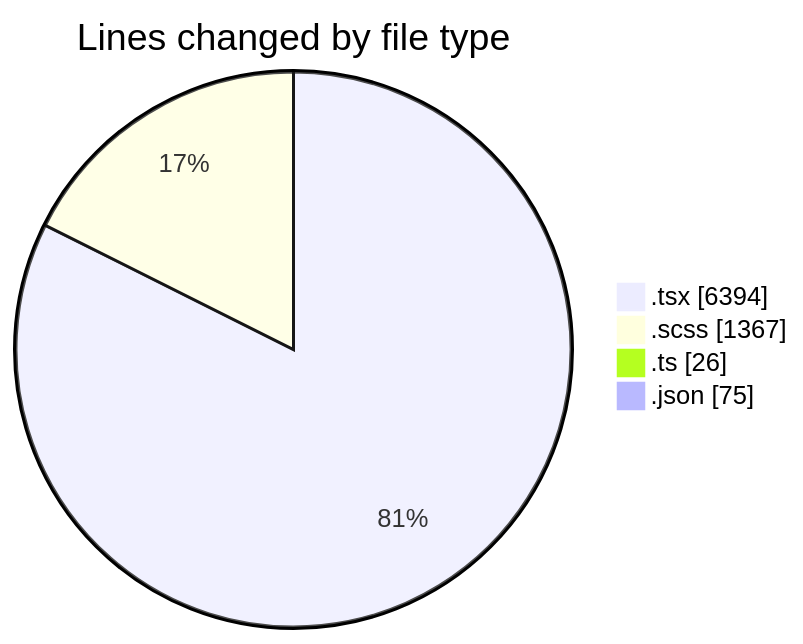
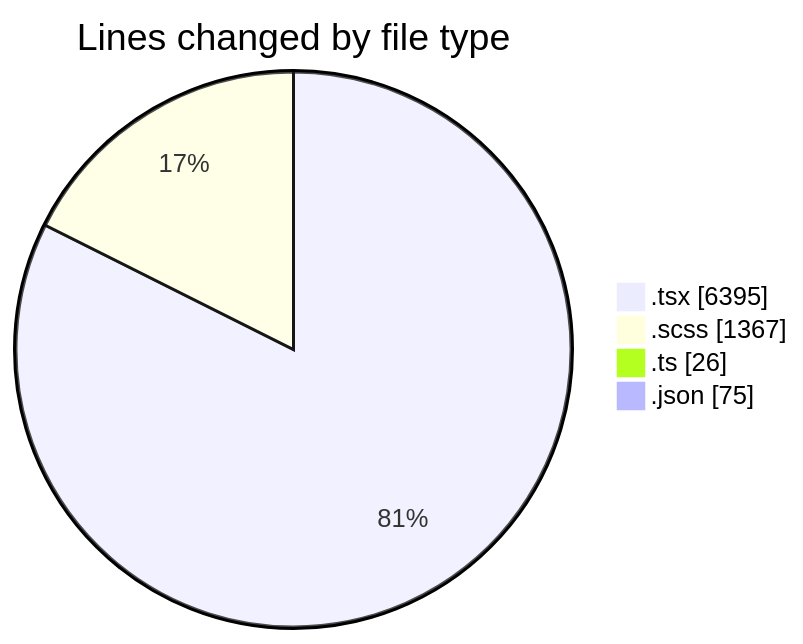
One commit to momahboobian/code-tracking changed the first of 2 diagrams in 2025-04-09/cda/README.md. Above: the diagram before and after it, drawn with Mermaid. The commit also changed other lines of this file and 1 other file, not shown here.

````diff
--- a/2025-04-09/cda/README.md
+++ b/2025-04-09/cda/README.md
@@ -44,8 +44,8 @@
 ```mermaid
 pie showData
 title Lines changed by file type
-".tsx" : 6394
+".tsx" : 6395
 ".scss" : 1367
 ".ts" : 26
 ".json" : 75
 ```
````
